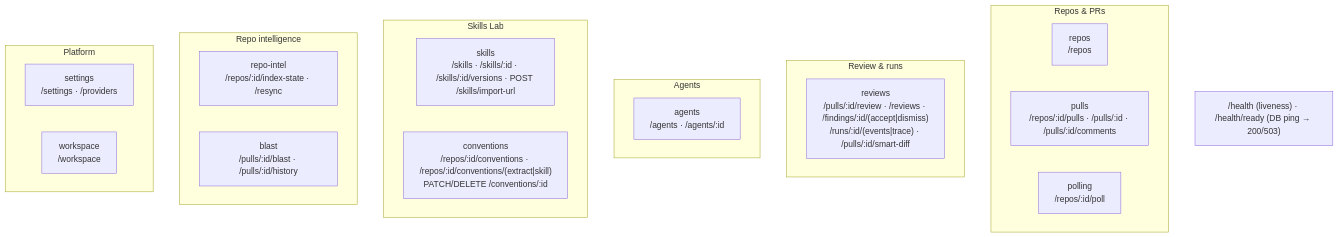
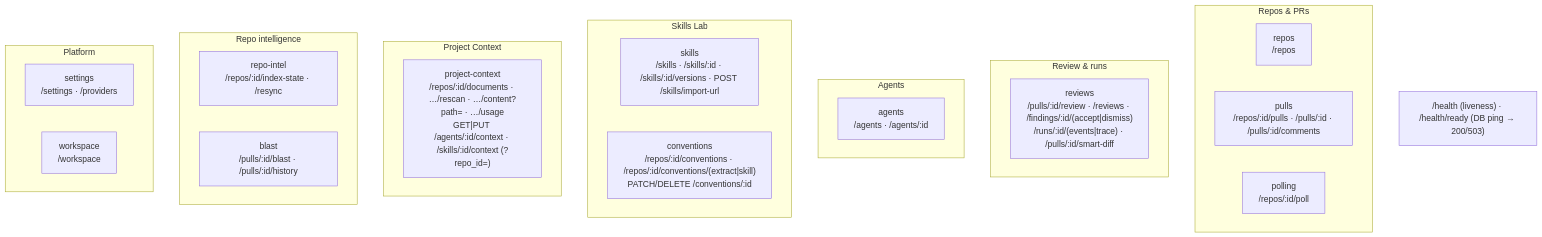
One commit to neronasee/dev-digest changed the second of 2 diagrams in server/README.md. Above: the diagram before and after it, drawn with Mermaid. The commit also changed other lines of this file and 97 other files, not shown here.

Commit message:
feat(context): add project context folder and workflow follow-ups

````diff
--- a/server/README.md
+++ b/server/README.md
@@ -64,27 +64,30 @@
 ```mermaid
 flowchart TB
   subgraph Repos_PRs["Repos & PRs"]
     repos["repos<br/>/repos"]
     pulls["pulls<br/>/repos/:id/pulls · /pulls/:id · /pulls/:id/comments"]
     polling["polling<br/>/repos/:id/poll"]
   end
   subgraph Review["Review & runs"]
     reviews["reviews<br/>/pulls/:id/review · /reviews · /findings/:id/(accept|dismiss)<br/>/runs/:id/(events|trace) · /pulls/:id/smart-diff"]
   end
   subgraph Agents["Agents"]
     agents["agents<br/>/agents · /agents/:id"]
   end
   subgraph SkillsLab["Skills Lab"]
     skills["skills<br/>/skills · /skills/:id · /skills/:id/versions · POST /skills/import-url"]
     conventions["conventions<br/>/repos/:id/conventions · /repos/:id/conventions/(extract|skill)<br/>PATCH/DELETE /conventions/:id"]
   end
+  subgraph ProjectContext["Project Context"]
+    projectContext["project-context<br/>/repos/:id/documents · …/rescan · …/content?path= · …/usage<br/>GET|PUT /agents/:id/context · /skills/:id/context (?repo_id=)"]
+  end
   subgraph Intel["Repo intelligence"]
     repoIntel["repo-intel<br/>/repos/:id/index-state · /resync"]
     blast["blast<br/>/pulls/:id/blast · /pulls/:id/history"]
   end
   subgraph Platform["Platform"]
     settings["settings<br/>/settings · /providers"]
     workspace["workspace<br/>/workspace"]
   end
   HEALTH["/health (liveness) · /health/ready (DB ping → 200/503)"]
 ```
````
